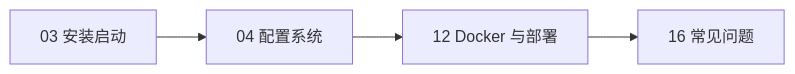
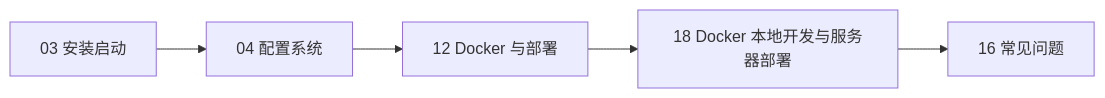
The third of 3 diagrams in md/README.md (nannnaq/LightRAG), drawn with Mermaid before and after one commit. The commit also changed other lines of this file and 8 other files, not shown here.

````diff
--- a/md/README.md
+++ b/md/README.md
@@ -55,6 +56,7 @@
 ```mermaid
 flowchart LR
   A[03 安装启动] --> B[04 配置系统]
   B --> C[12 Docker 与部署]
-  C --> D[16 常见问题]
+  C --> D[18 Docker 本地开发与服务器部署]
+  D --> E[16 常见问题]
 ```
````
